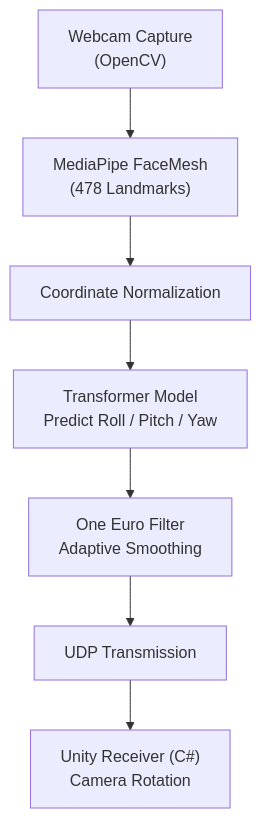
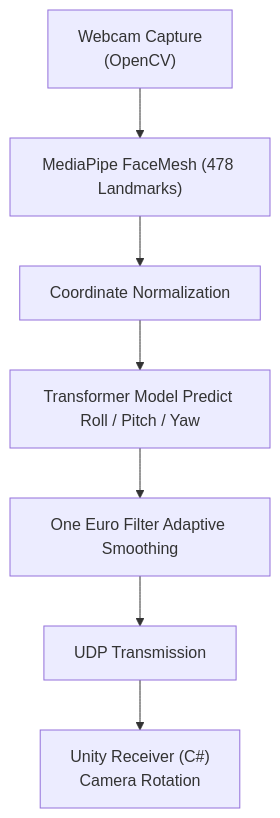
The first of 3 diagrams in README.md (seonghwan97/Face-Tracking-Semi-Immersive-VR), drawn with Mermaid before and after one commit. The commit also changed other lines of this file, not shown here.

````diff
--- a/README.md
+++ b/README.md
@@ -78,11 +77,10 @@
 ```mermaid
-%%{init: {'flowchart': {'htmlLabels': false}}}%%
+%%{init: {'flowchart': {'htmlLabels': false, 'curve': 'basis'}, 'themeVariables': {'scale': 0.5}}}%%
 flowchart TB
-    A["Webcam Capture\n(OpenCV)"] --> B["MediaPipe FaceMesh\n(478 Landmarks)"]
+    A["Webcam Capture\n(OpenCV)"] --> B["MediaPipe FaceMesh (478 Landmarks)"]
     B --> C["Coordinate Normalization"]
-    C --> D["Transformer Model\nPredict Roll / Pitch / Yaw"]
-    D --> E["One Euro Filter\nAdaptive Smoothing"]
+    C --> D["Transformer Model Predict Roll / Pitch / Yaw"]
+    D --> E["One Euro Filter Adaptive Smoothing"]
     E --> F["UDP Transmission"]
     F --> G["Unity Receiver (C#)\nCamera Rotation"]
-
 ```
````
